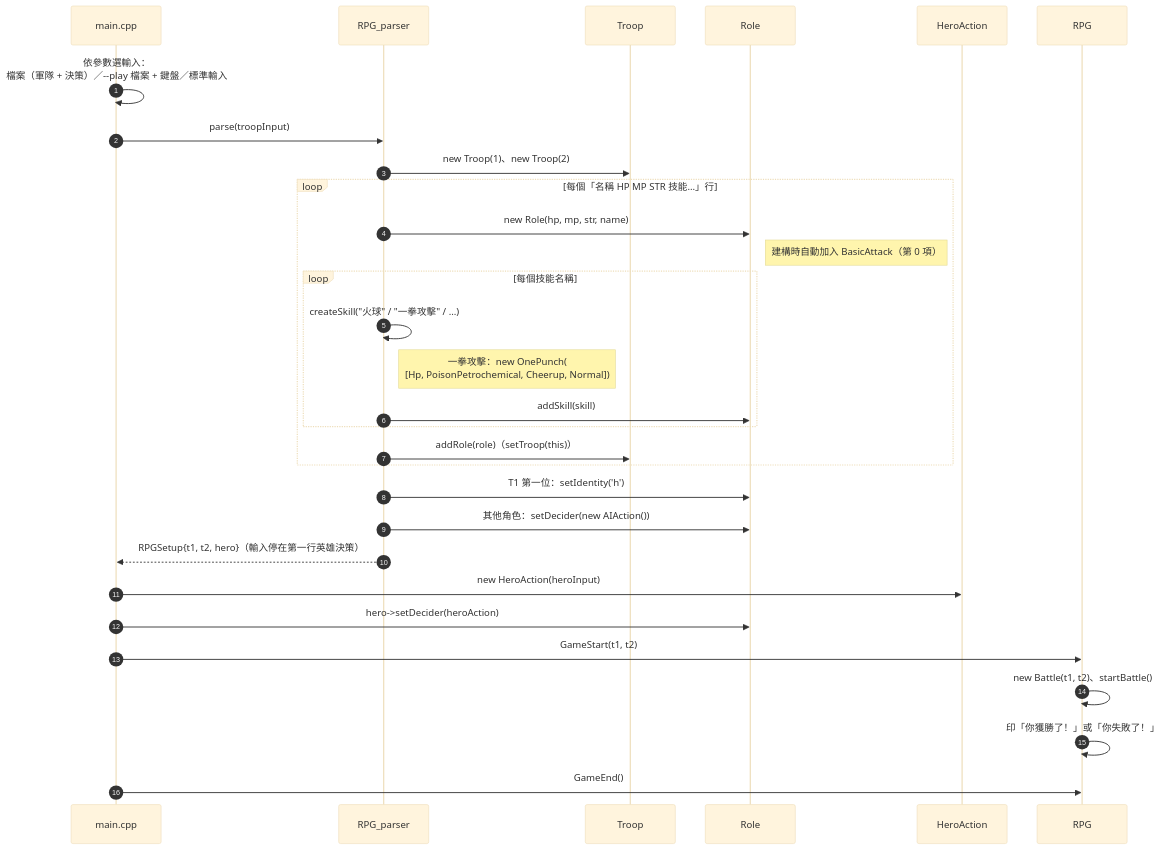
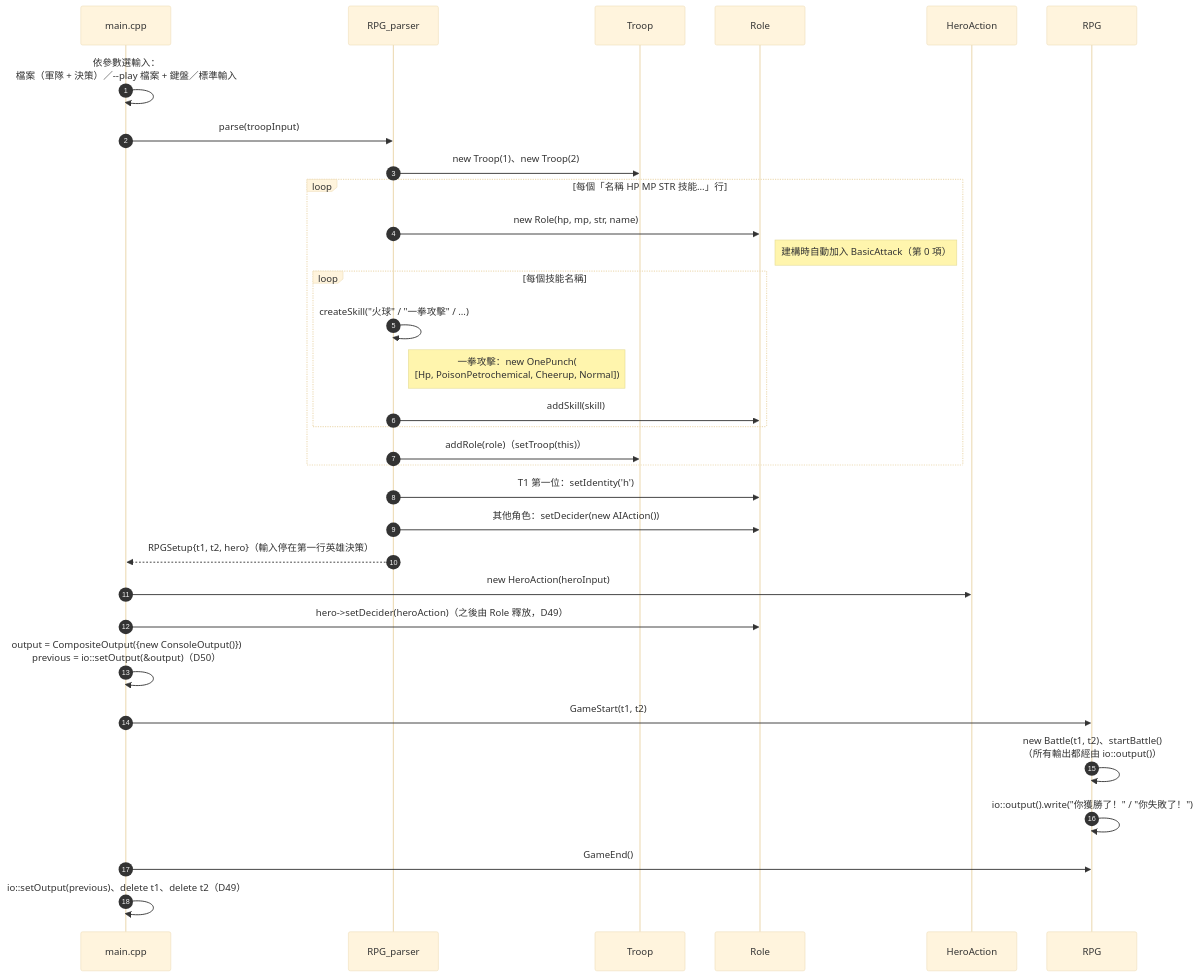
Before and after one commit to Chang-anthony/DesignPattern: the tenth of 16 diagrams in RPGGame/diagrams.md, drawn with Mermaid (base theme). The commit also changed other lines of this file and 19 other files, not shown here.

First line of the commit message:
refactor(rpggame): route module output through a small composite output utility (D50)

````diff
--- a/RPGGame/diagrams.md
+++ b/RPGGame/diagrams.md
@@ -591,33 +653,35 @@
 ```mermaid
 sequenceDiagram
     autonumber
     participant M as main.cpp
     participant P as RPG_parser
     participant TR as Troop
     participant R as Role
     participant H as HeroAction
     participant G as RPG
 
     M->>M: 依參數選輸入：<br/>檔案（軍隊 + 決策）／--play 檔案 + 鍵盤／標準輸入
     M->>P: parse(troopInput)
     P->>TR: new Troop(1)、new Troop(2)
     loop 每個「名稱 HP MP STR 技能…」行
         P->>R: new Role(hp, mp, str, name)
         Note right of R: 建構時自動加入 BasicAttack（第 0 項）
         loop 每個技能名稱
             P->>P: createSkill("火球" / "一拳攻擊" / …)
             Note right of P: 一拳攻擊：new OnePunch(<br/>[Hp, PoisonPetrochemical, Cheerup, Normal])
             P->>R: addSkill(skill)
         end
         P->>TR: addRole(role)（setTroop(this)）
     end
     P->>R: T1 第一位：setIdentity('h')
     P->>R: 其他角色：setDecider(new AIAction())
     P-->>M: RPGSetup{t1, t2, hero}（輸入停在第一行英雄決策）
     M->>H: new HeroAction(heroInput)
-    M->>R: hero->setDecider(heroAction)
+    M->>R: hero->setDecider(heroAction)（之後由 Role 釋放，D49）
+    M->>M: output = CompositeOutput({new ConsoleOutput()})<br/>previous = io::setOutput(&output)（D50）
     M->>G: GameStart(t1, t2)
-    G->>G: new Battle(t1, t2)、startBattle()
-    G->>G: 印「你獲勝了！」或「你失敗了！」
+    G->>G: new Battle(t1, t2)、startBattle()<br/>（所有輸出都經由 io::output()）
+    G->>G: io::output().write("你獲勝了！" / "你失敗了！")
     M->>G: GameEnd()
+    M->>M: io::setOutput(previous)、delete t1、delete t2（D49）
 ```
````
